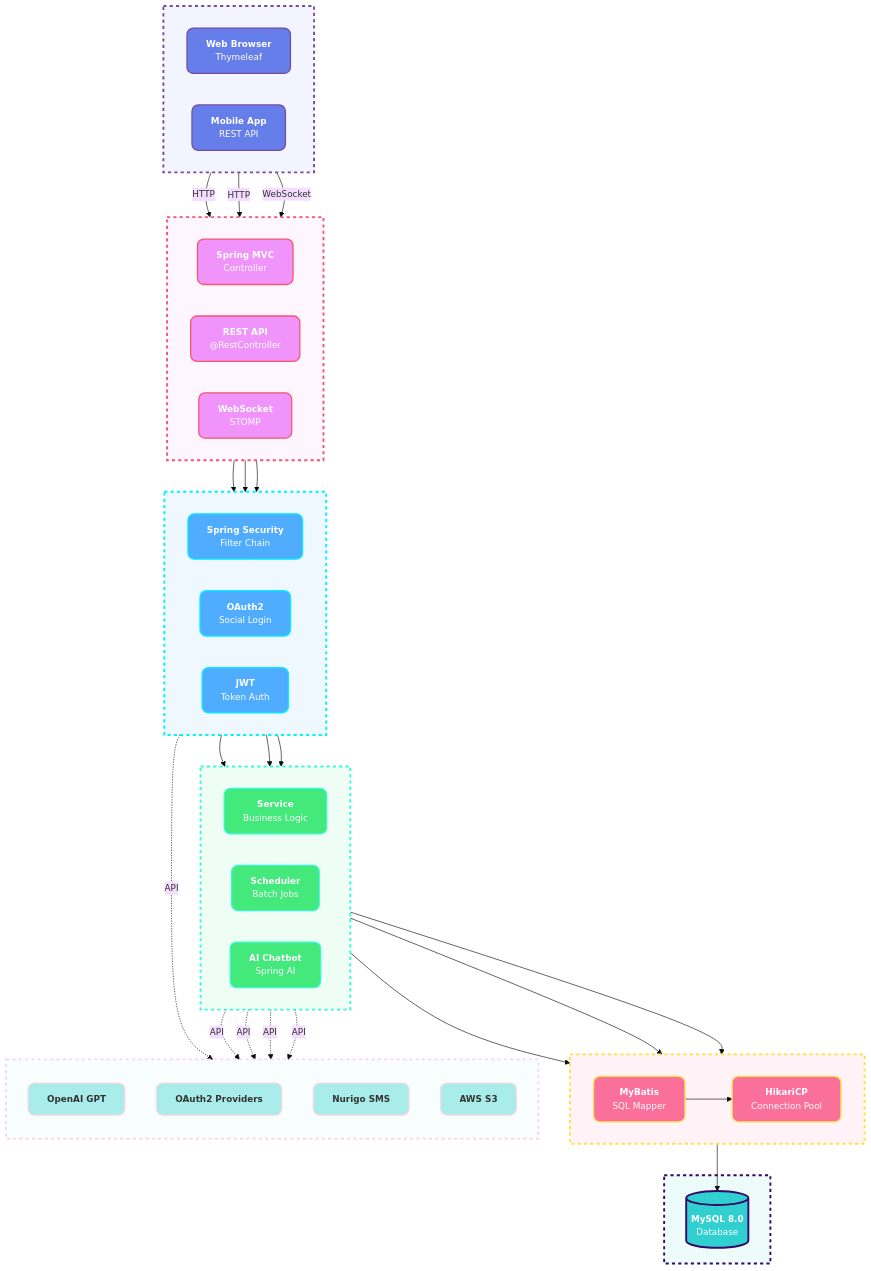
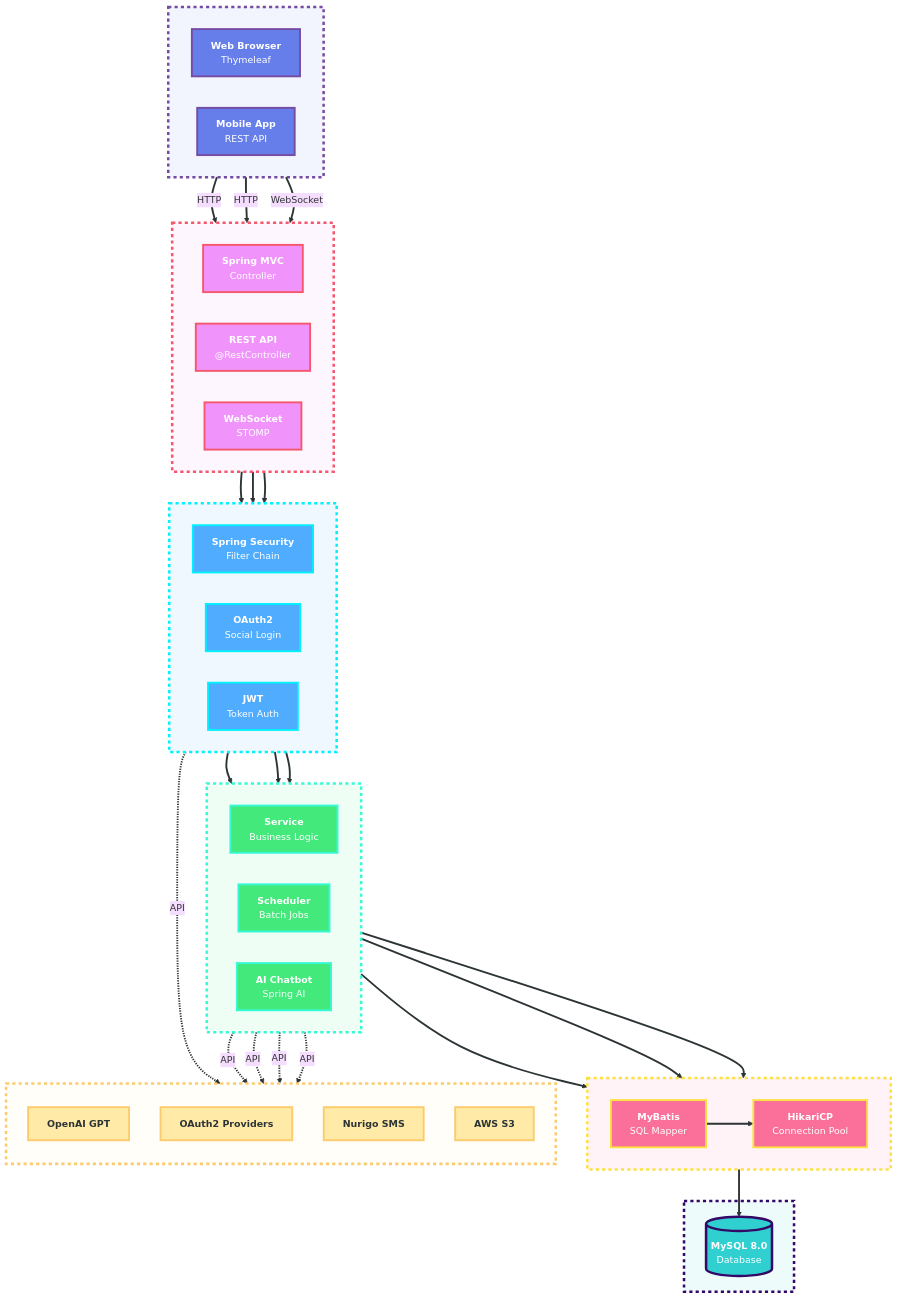
The diagram in README.md (wjdgkr3386/Neighbus), drawn with Mermaid before and after one commit. The commit also changed other lines of this file, not shown here.

````diff
--- a/README.md
+++ b/README.md
@@ -269,5 +269,5 @@
 ```mermaid
-%%{init: {'theme':'base', 'themeVariables': {'fontSize':'14px'}}}%%
+%%{init: {'theme':'base', 'themeVariables': {'fontSize':'15px'}}}%%
 graph TB
     subgraph Client[" "]
         direction LR
@@ -339,13 +339,13 @@
     SVC -.->|API| SMS
     SVC -.->|API| S3
 
-    classDef clientClass fill:#667eea,stroke:#764ba2,stroke-width:2px,color:#fff,rx:10,ry:10
-    classDef presentClass fill:#f093fb,stroke:#f5576c,stroke-width:2px,color:#fff,rx:10,ry:10
-    classDef securityClass fill:#4facfe,stroke:#00f2fe,stroke-width:2px,color:#fff,rx:10,ry:10
-    classDef businessClass fill:#43e97b,stroke:#38f9d7,stroke-width:2px,color:#fff,rx:10,ry:10
-    classDef persistClass fill:#fa709a,stroke:#fee140,stroke-width:2px,color:#fff,rx:10,ry:10
-    classDef dbClass fill:#30cfd0,stroke:#330867,stroke-width:3px,color:#fff,rx:10,ry:10
-    classDef externalClass fill:#a8edea,stroke:#fed6e3,stroke-width:2px,color:#333,rx:10,ry:10
+    classDef clientClass fill:#667eea,stroke:#764ba2,stroke-width:3px,color:#fff
+    classDef presentClass fill:#f093fb,stroke:#f5576c,stroke-width:3px,color:#fff
+    classDef securityClass fill:#4facfe,stroke:#00f2fe,stroke-width:3px,color:#fff
+    classDef businessClass fill:#43e97b,stroke:#38f9d7,stroke-width:3px,color:#fff
+    classDef persistClass fill:#fa709a,stroke:#fee140,stroke-width:3px,color:#fff
+    classDef dbClass fill:#30cfd0,stroke:#330867,stroke-width:4px,color:#fff
+    classDef externalClass fill:#ffeaa7,stroke:#fdcb6e,stroke-width:3px,color:#2d3436
 
     class Web,App clientClass
     class MVC,REST,WS presentClass
@@ -355,11 +355,13 @@
     class DB dbClass
     class GPT,Social,SMS,S3 externalClass
 
-    style Client fill:#667eea15,stroke:#764ba2,stroke-width:3px,stroke-dasharray: 5 5
-    style Presentation fill:#f093fb15,stroke:#f5576c,stroke-width:3px,stroke-dasharray: 5 5
-    style Security fill:#4facfe15,stroke:#00f2fe,stroke-width:3px,stroke-dasharray: 5 5
-    style Business fill:#43e97b15,stroke:#38f9d7,stroke-width:3px,stroke-dasharray: 5 5
-    style Persistence fill:#fa709a15,stroke:#fee140,stroke-width:3px,stroke-dasharray: 5 5
-    style Database fill:#30cfd015,stroke:#330867,stroke-width:3px,stroke-dasharray: 5 5
-    style External fill:#a8edea15,stroke:#fed6e3,stroke-width:3px,stroke-dasharray: 5 5
+    style Client fill:#667eea15,stroke:#764ba2,stroke-width:4px,stroke-dasharray: 5 5
+    style Presentation fill:#f093fb15,stroke:#f5576c,stroke-width:4px,stroke-dasharray: 5 5
+    style Security fill:#4facfe15,stroke:#00f2fe,stroke-width:4px,stroke-dasharray: 5 5
+    style Business fill:#43e97b15,stroke:#38f9d7,stroke-width:4px,stroke-dasharray: 5 5
+    style Persistence fill:#fa709a15,stroke:#fee140,stroke-width:4px,stroke-dasharray: 5 5
+    style Database fill:#30cfd015,stroke:#330867,stroke-width:4px,stroke-dasharray: 5 5
+    style External fill:#ffeaa715,stroke:#fdcb6e,stroke-width:4px,stroke-dasharray: 5 5
+
+    linkStyle default stroke:#2d3436,stroke-width:3px
 ```
````
